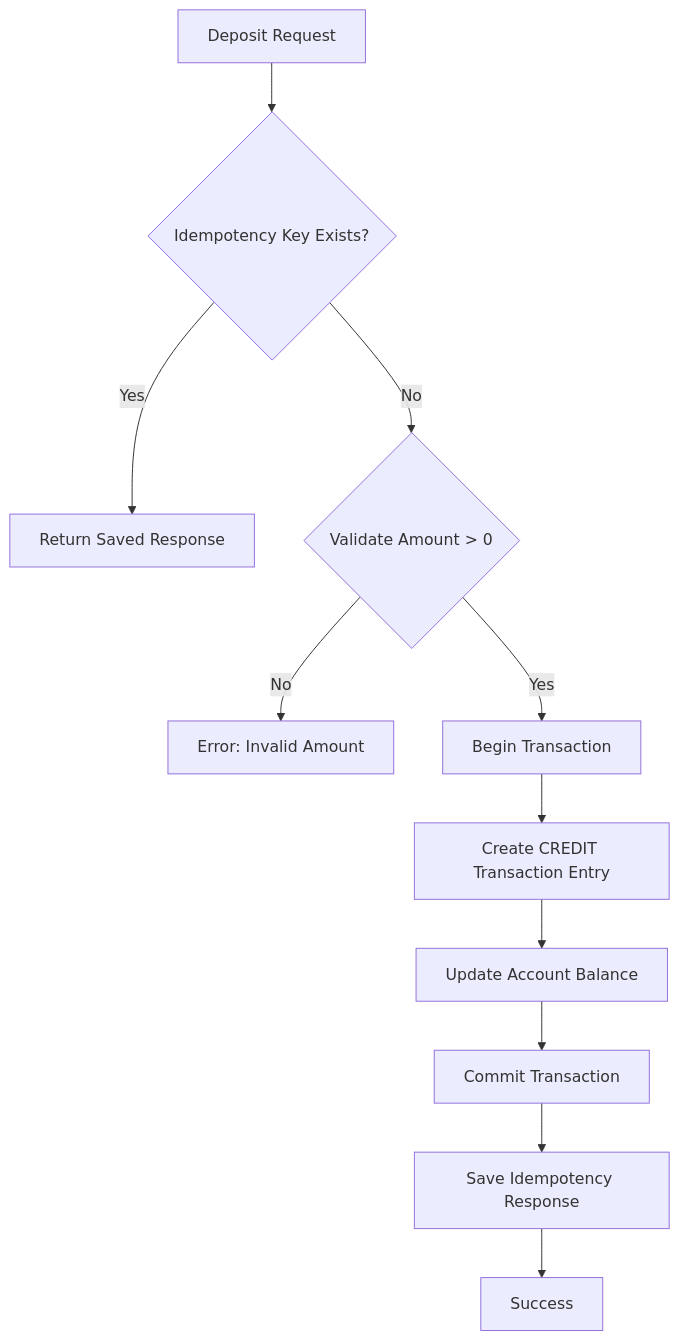
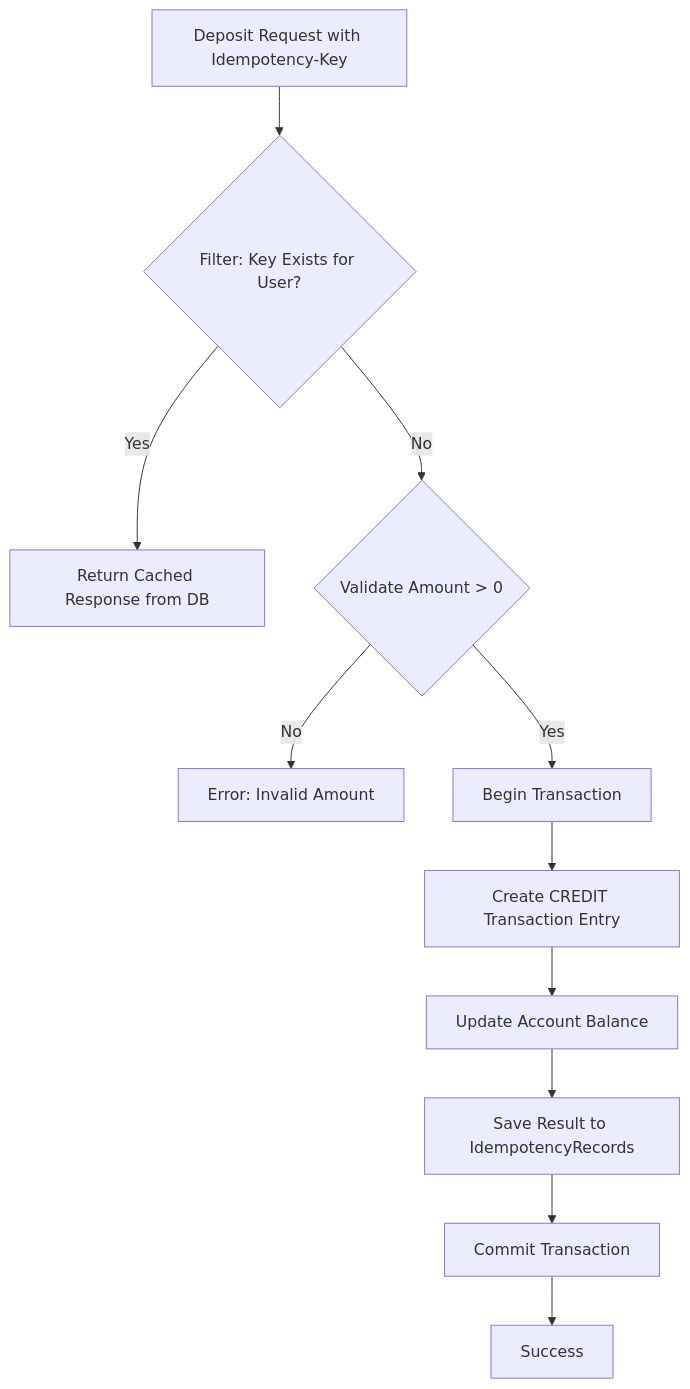
One commit to karar-hayder/ITS-SecureBank changed the third of 4 diagrams in WORKFLOW.md. Above: the diagram before and after it, drawn with Mermaid. The commit also changed other lines of this file and 3 other files, not shown here.

Commit message:
docs: add README.md for project overview and key features; enhance REQUEST_FLOW.md with idempotency details; update SCHEMA.md to clarify entity attributes and relationships

````diff
--- a/WORKFLOW.md
+++ b/WORKFLOW.md
@@ -54,13 +56,13 @@
 ```mermaid
 graph TD
-    A[Deposit Request] --> B{Idempotency Key Exists?}
-    B -- Yes --> C[Return Saved Response]
+    A[Deposit Request with Idempotency-Key] --> B{Filter: Key Exists for User?}
+    B -- Yes --> C[Return Cached Response from DB]
     B -- No --> D{Validate Amount > 0}
     D -- No --> E[Error: Invalid Amount]
     D -- Yes --> F[Begin Transaction]
     F --> G[Create CREDIT Transaction Entry]
     G --> H[Update Account Balance]
-    H --> I[Commit Transaction]
-    I --> J[Save Idempotency Response]
+    H --> I[Save Result to IdempotencyRecords]
+    I --> J[Commit Transaction]
     J --> K[Success]
 ```
````
